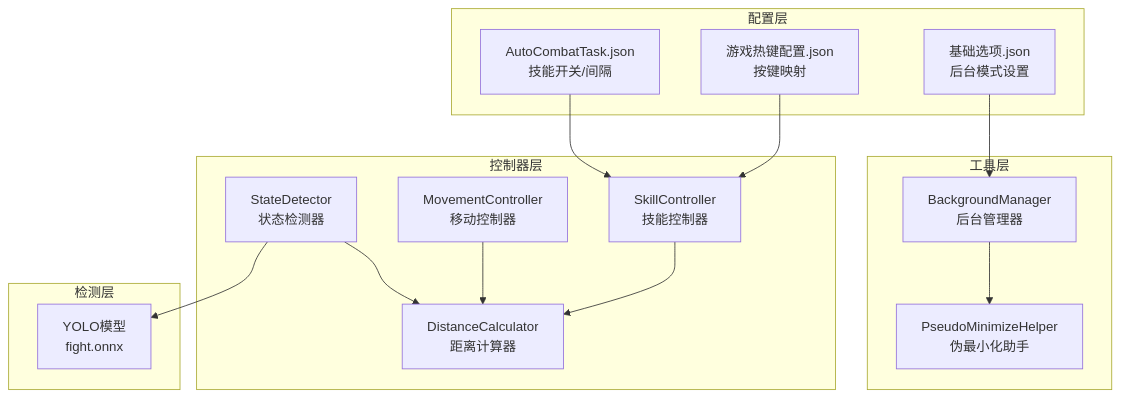
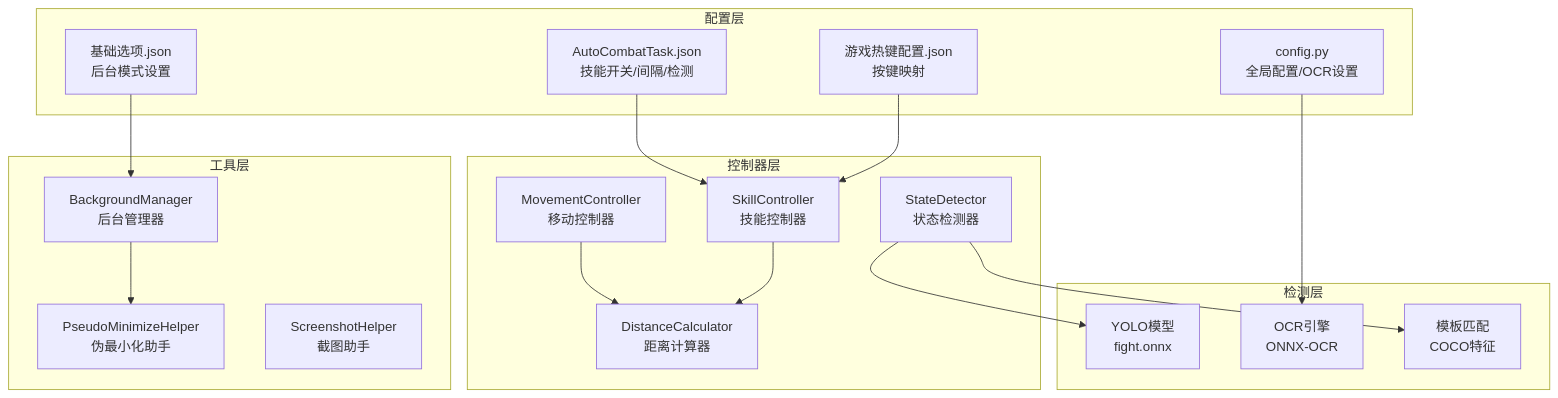
One commit to xsy098-max/ok-jump changed the first of 7 diagrams in .qoder/repowiki/zh/content/配置管理/战斗系统配置.md. Above: the diagram before and after it, drawn with Mermaid. The commit also changed other lines of this file and 21 other files, not shown here.

````diff
--- a/.qoder/repowiki/zh/content/配置管理/战斗系统配置.md
+++ b/.qoder/repowiki/zh/content/配置管理/战斗系统配置.md
@@ -33,29 +45,34 @@
 ```mermaid
 graph TB
 subgraph "配置层"
-A1["AutoCombatTask.json<br/>技能开关/间隔"]
+A1["AutoCombatTask.json<br/>技能开关/间隔/检测"]
 A2["游戏热键配置.json<br/>按键映射"]
 A3["基础选项.json<br/>后台模式设置"]
+A4["config.py<br/>全局配置/OCR设置"]
 end
 subgraph "控制器层"
 B1["StateDetector<br/>状态检测器"]
 B2["MovementController<br/>移动控制器"]
 B3["SkillController<br/>技能控制器"]
 B4["DistanceCalculator<br/>距离计算器"]
 end
 subgraph "工具层"
 C1["BackgroundManager<br/>后台管理器"]
 C2["PseudoMinimizeHelper<br/>伪最小化助手"]
+C3["ScreenshotHelper<br/>截图助手"]
 end
 subgraph "检测层"
 D1["YOLO模型<br/>fight.onnx"]
+D2["OCR引擎<br/>ONNX-OCR"]
+D3["模板匹配<br/>COCO特征"]
 end
 A1 --> B3
 A2 --> B3
 A3 --> C1
+A4 --> D2
 C1 --> C2
 B1 --> D1
-B1 --> B4
+B1 --> D3
 B2 --> B4
 B3 --> B4
 ```
````
